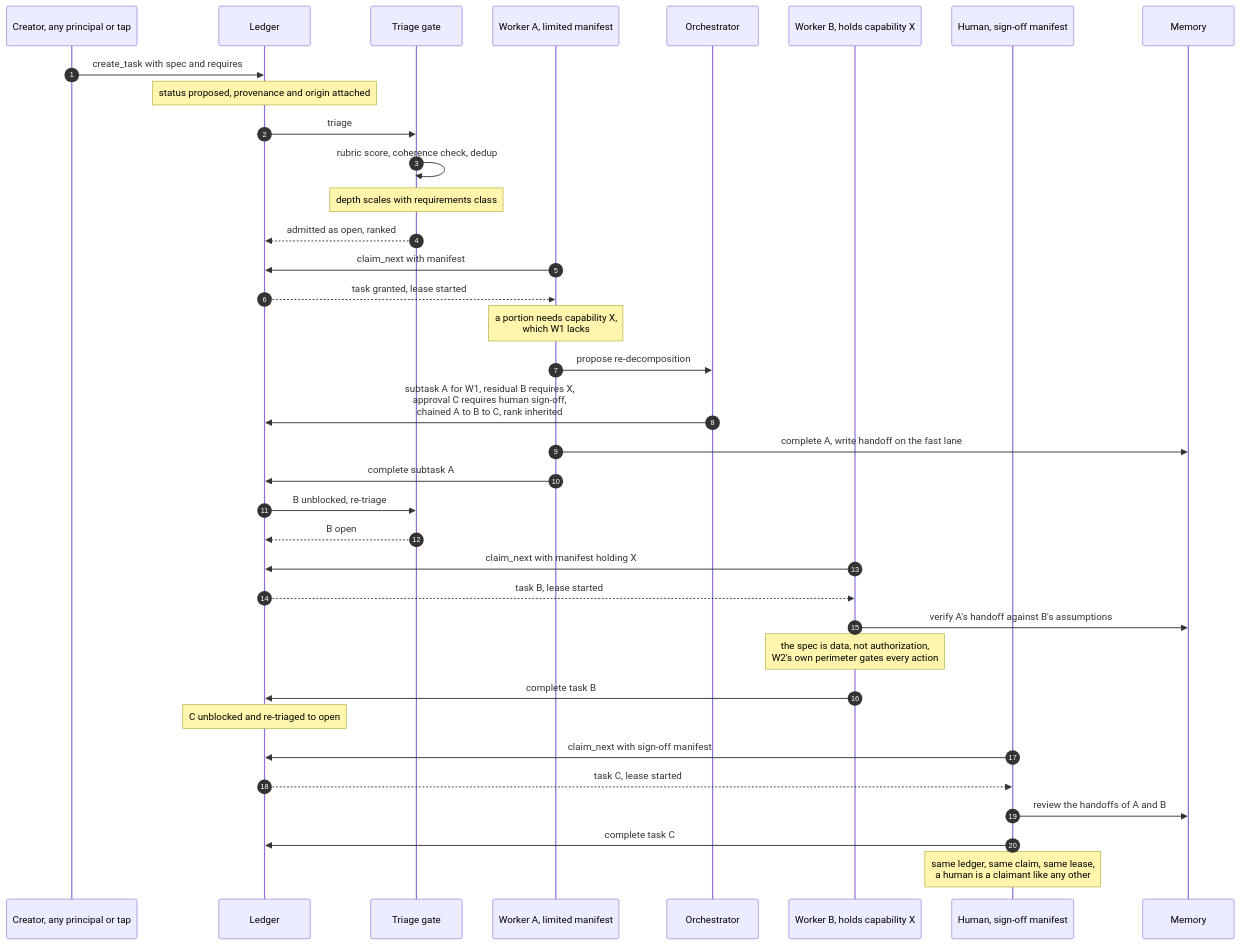
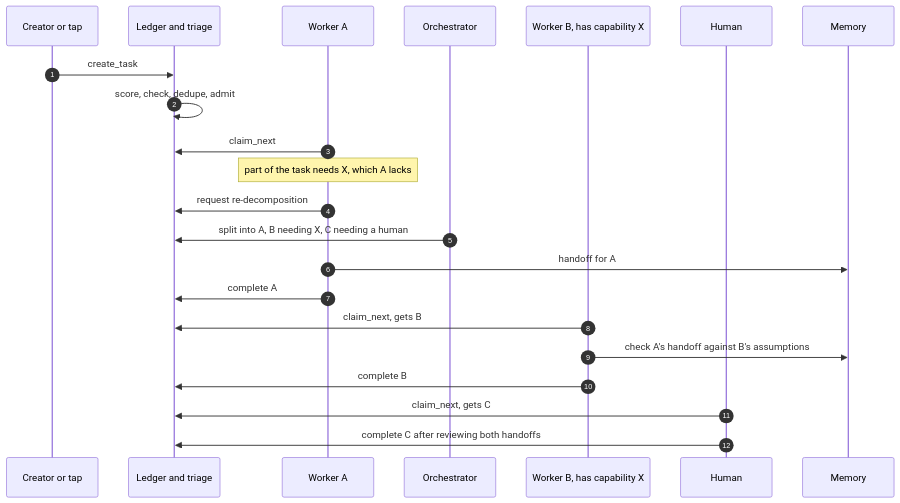
One commit to apache/tooling-memory changed the third of 5 diagrams in docs/durable-memory-for-disposable-agents.md. Above: the diagram before and after it, drawn with Mermaid. The commit also changed other lines of this file and 1 other file, not shown here.

````diff
--- a/docs/durable-memory-for-disposable-agents.md
+++ b/docs/durable-memory-for-disposable-agents.md
@@ -542,39 +415,25 @@
 ```mermaid
 sequenceDiagram
     autonumber
-    participant CR as Creator, any principal or tap
-    participant TB as Ledger
-    participant TRI as Triage gate
-    participant W1 as Worker A, limited manifest
+    participant CR as Creator or tap
+    participant L as Ledger and triage
+    participant W1 as Worker A
     participant OR as Orchestrator
-    participant W2 as Worker B, holds capability X
-    participant H as Human, sign-off manifest
+    participant W2 as Worker B, has capability X
+    participant H as Human
     participant M as Memory
 
-    CR->>TB: create_task with spec and requires
-    Note over TB: status proposed, provenance and origin attached
-    TB->>TRI: triage
-    TRI->>TRI: rubric score, coherence check, dedup
-    Note over TRI: depth scales with requirements class
-    TRI-->>TB: admitted as open, ranked
-    W1->>TB: claim_next with manifest
-    TB-->>W1: task granted, lease started
-    Note over W1: a portion needs capability X,<br/>which W1 lacks
-    W1->>OR: propose re-decomposition
-    OR->>TB: subtask A for W1, residual B requires X,<br/>approval C requires human sign-off,<br/>chained A to B to C, rank inherited
-    W1->>M: complete A, write handoff on the fast lane
-    W1->>TB: complete subtask A
-    TB->>TRI: B unblocked, re-triage
-    TRI-->>TB: B open
-    W2->>TB: claim_next with manifest holding X
-    TB-->>W2: task B, lease started
-    W2->>M: verify A's handoff against B's assumptions
-    Note over W2: the spec is data, not authorization,<br/>W2's own perimeter gates every action
-    W2->>TB: complete task B
-    Note over TB: C unblocked and re-triaged to open
-    H->>TB: claim_next with sign-off manifest
-    TB-->>H: task C, lease started
-    H->>M: review the handoffs of A and B
-    H->>TB: complete task C
-    Note over H: same ledger, same claim, same lease,<br/>a human is a claimant like any other
+    CR->>L: create_task
+    L->>L: score, check, dedupe, admit
+    W1->>L: claim_next
+    Note over W1: part of the task needs X, which A lacks
+    W1->>L: request re-decomposition
+    OR->>L: split into A, B needing X, C needing a human
+    W1->>M: handoff for A
+    W1->>L: complete A
+    W2->>L: claim_next, gets B
+    W2->>M: check A's handoff against B's assumptions
+    W2->>L: complete B
+    H->>L: claim_next, gets C
+    H->>L: complete C after reviewing both handoffs
 ```
````
